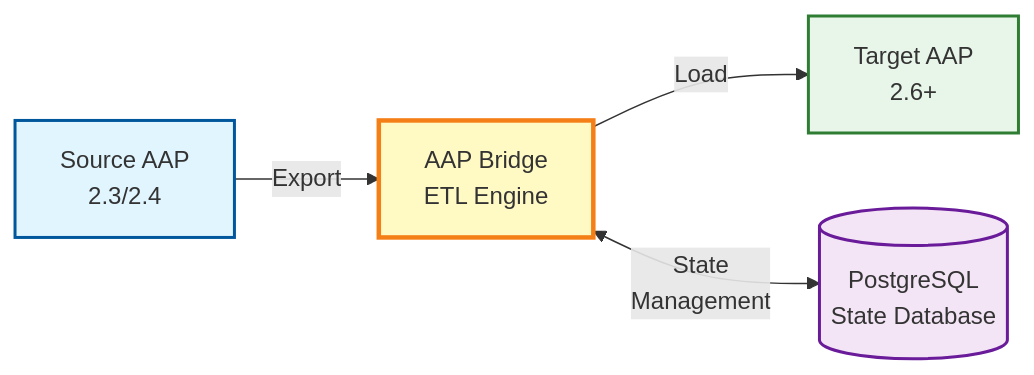
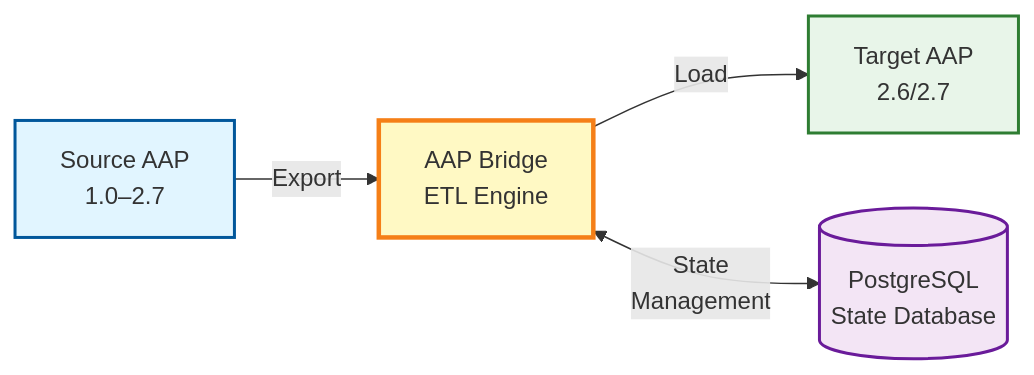
The diagram in docs/index.md (redhat-cop/aap-bridge), drawn with Mermaid before and after one commit. The commit also changed 15 other files, not shown here.

First line of the commit message:
Add AAP 2.7 as a supported migration source and target.

````diff
--- a/docs/index.md
+++ b/docs/index.md
@@ -50,11 +50,11 @@
 ```mermaid
 graph LR
-    A[Source AAP<br/>2.3/2.4] -->|Export| B[AAP Bridge<br/>ETL Engine]
-    B -->|Load| C[Target AAP<br/>2.6+]
+    A[Source AAP<br/>1.0–2.7] -->|Export| B[AAP Bridge<br/>ETL Engine]
+    B -->|Load| C[Target AAP<br/>2.6/2.7]
     B <-->|State<br/>Management| D[(PostgreSQL<br/>State Database)]
 
     style A fill:#e1f5ff,stroke:#01579b,stroke-width:2px
     style B fill:#fff9c4,stroke:#f57f17,stroke-width:3px
     style C fill:#e8f5e9,stroke:#2e7d32,stroke-width:2px
     style D fill:#f3e5f5,stroke:#6a1b9a,stroke-width:2px
 ```
````
